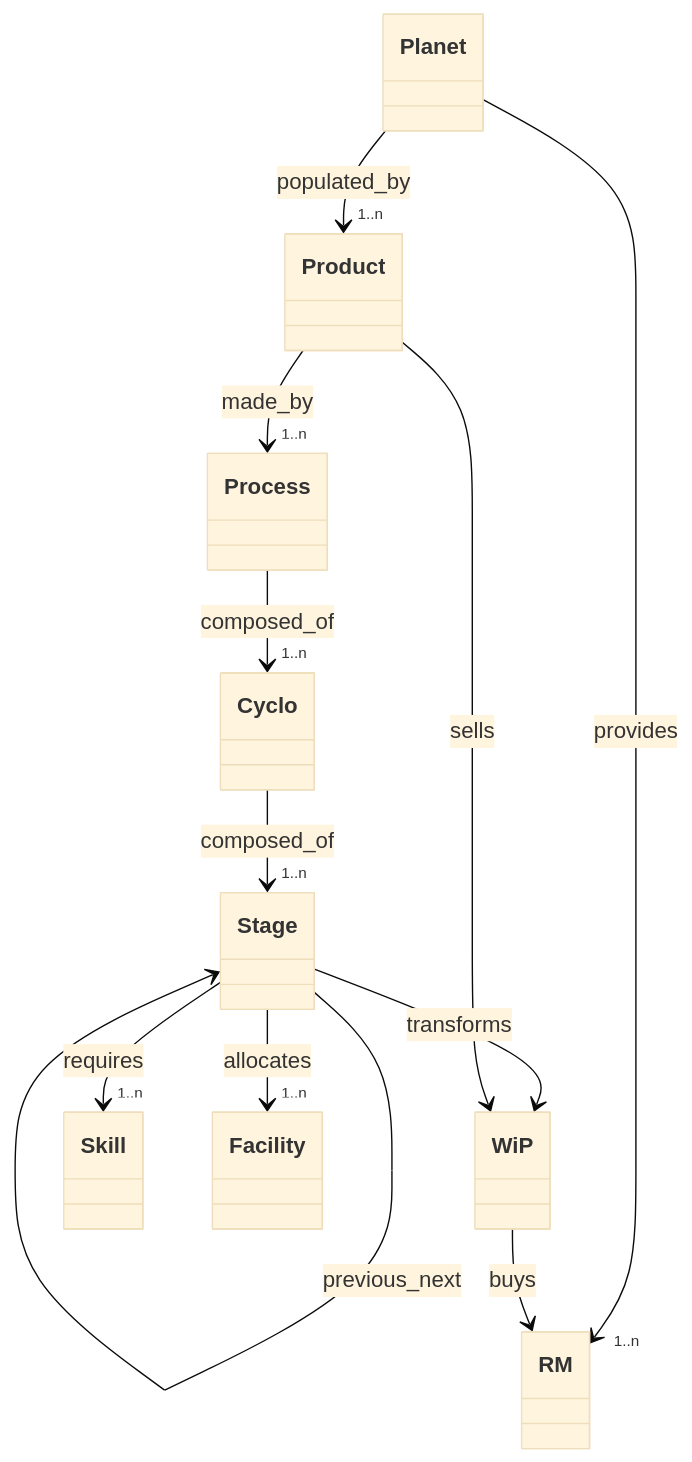
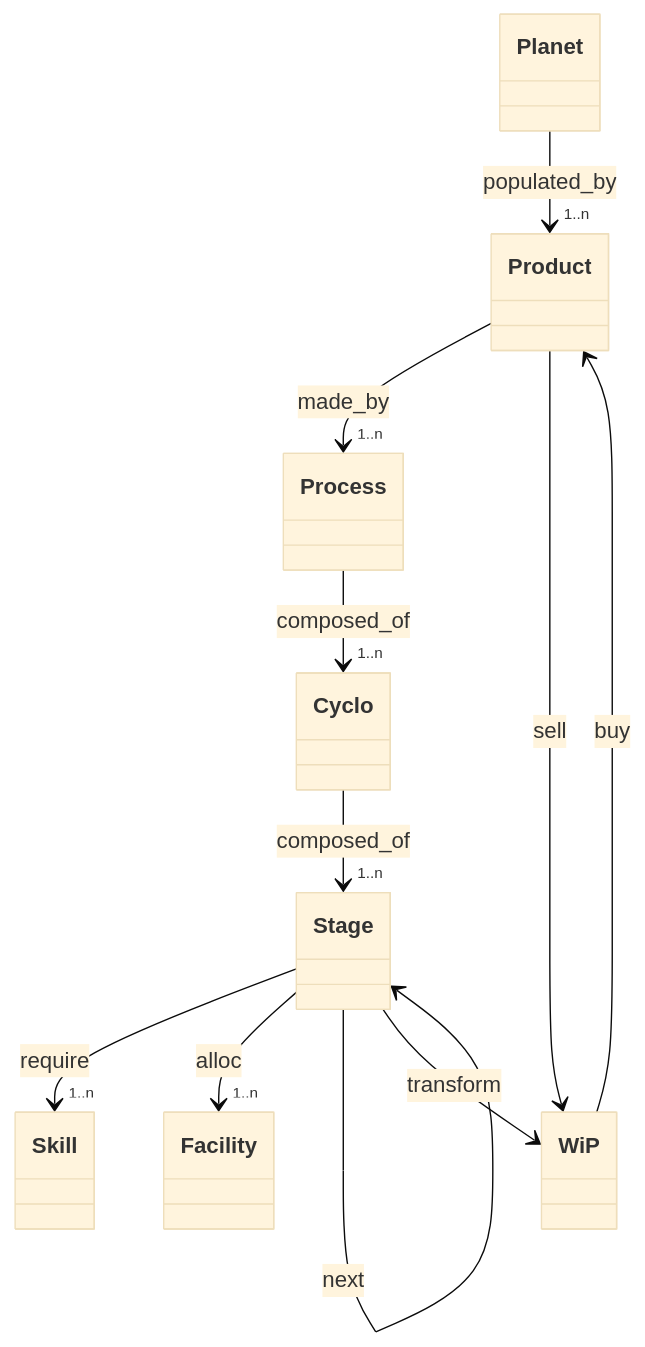
Before and after one commit to bampli/specs: the diagram in content/docs/planet/model.md, drawn with Mermaid (base theme). The commit also changed 1 other file, not shown here.

Commit message:
rev model with no RM - just product

```diff
--- a/content/docs/planet/model.md
+++ b/content/docs/planet/model.md
@@ -10,14 +10,13 @@
 {{< mermaid >}}
 classDiagram
     Planet --> "1..n" Product : populated_by
-    Planet --> "1..n" RM : provides
     Product --> "1..n" Process : made_by
+    Stage --> "1..n" Skill : require
+    Stage --> "1..n" Facility : alloc
     Process --> "1..n" Cyclo : composed_of
     Cyclo --> "1..n" Stage : composed_of
-    Stage --> Stage : previous_next
-    WiP --> RM : buys
-    Stage --> WiP : transforms
-    Product --> WiP : sells
-    Stage --> "1..n" Skill : requires
-    Stage --> "1..n" Facility : allocates
+    Stage --> Stage : next
+    WiP --> Product : buy
+    Stage --> WiP : transform
+    Product --> WiP : sell
 {{< /mermaid >}}
```
